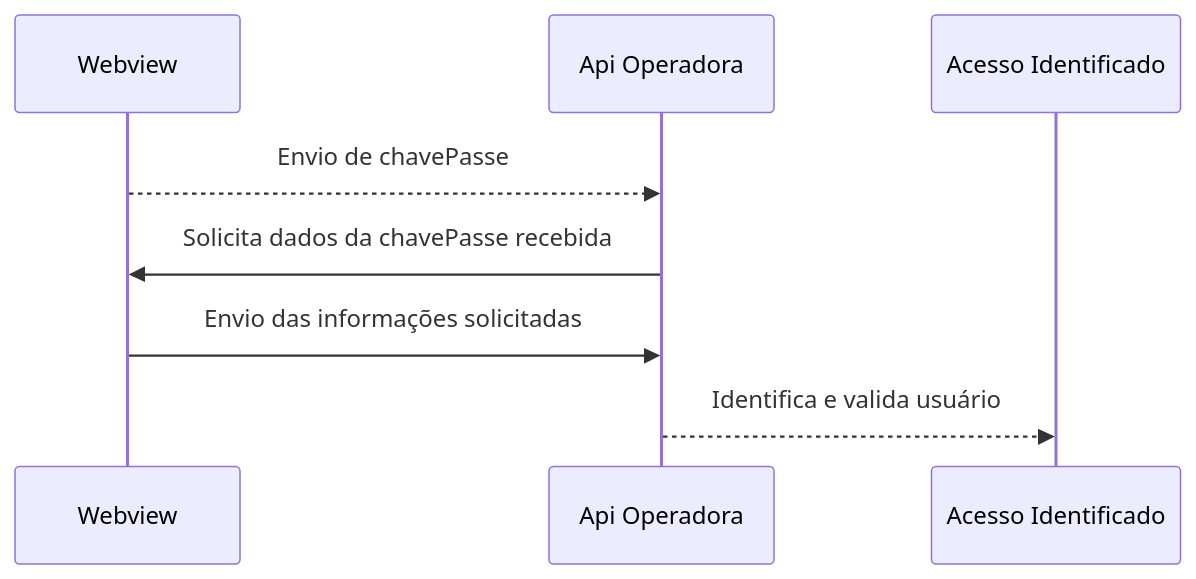
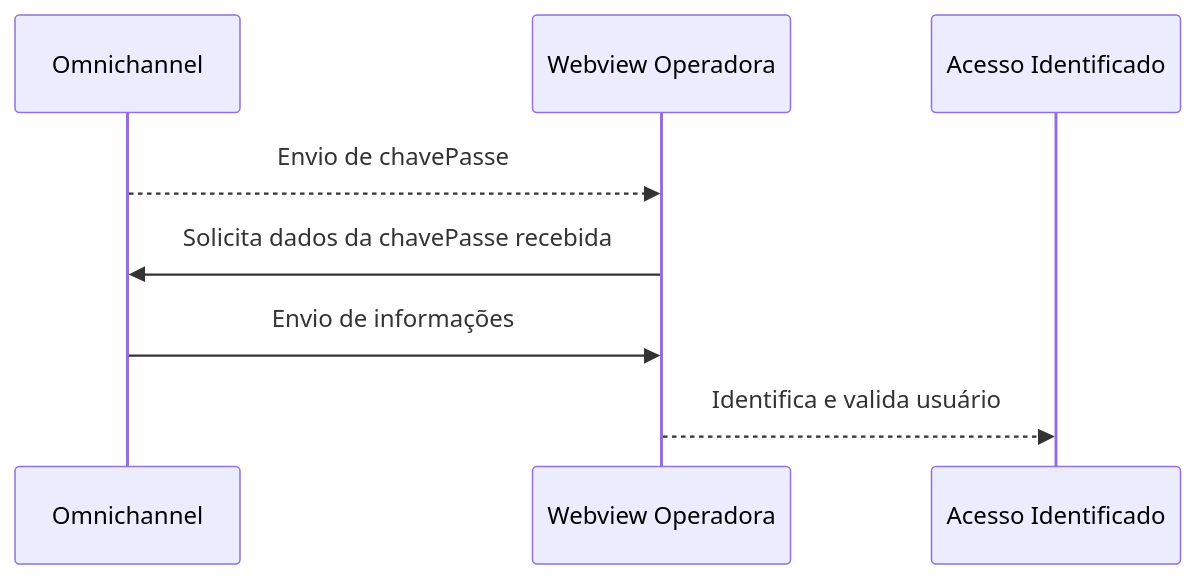
Before and after one commit to RannyZyzz/sample-mosiaOmnichannel: the diagram in README.md, drawn with Mermaid.

````diff
--- a/README.md
+++ b/README.md
@@ -31,7 +31,7 @@
 ```mermaid
 sequenceDiagram
-Webview -->> Api Operadora: Envio de chavePasse
-Api Operadora ->> Webview: Solicita dados da chavePasse recebida
-Webview ->> Api Operadora: Envio das informações solicitadas
-Api Operadora -->> Acesso Identificado: Identifica e valida usuário
+Omnichannel -->> Webview Operadora: Envio de chavePasse
+Webview Operadora ->> Omnichannel: Solicita dados da chavePasse recebida
+Omnichannel ->> Webview Operadora: Envio de informações
+Webview Operadora -->> Acesso Identificado: Identifica e valida usuário
 ```
````
